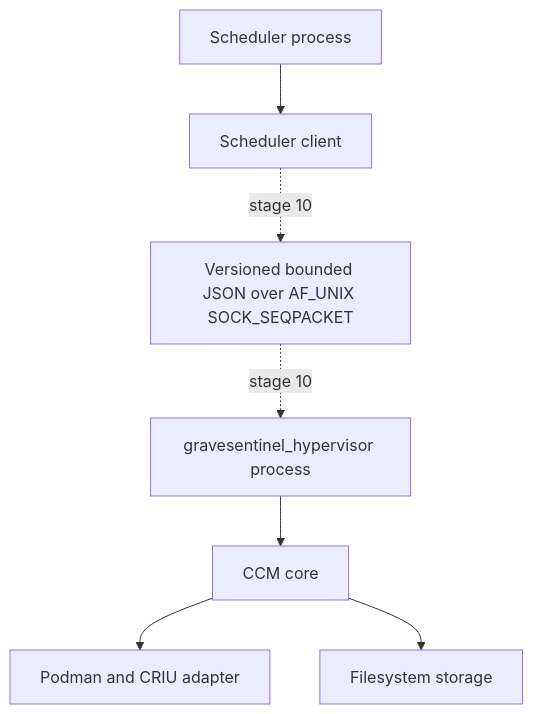
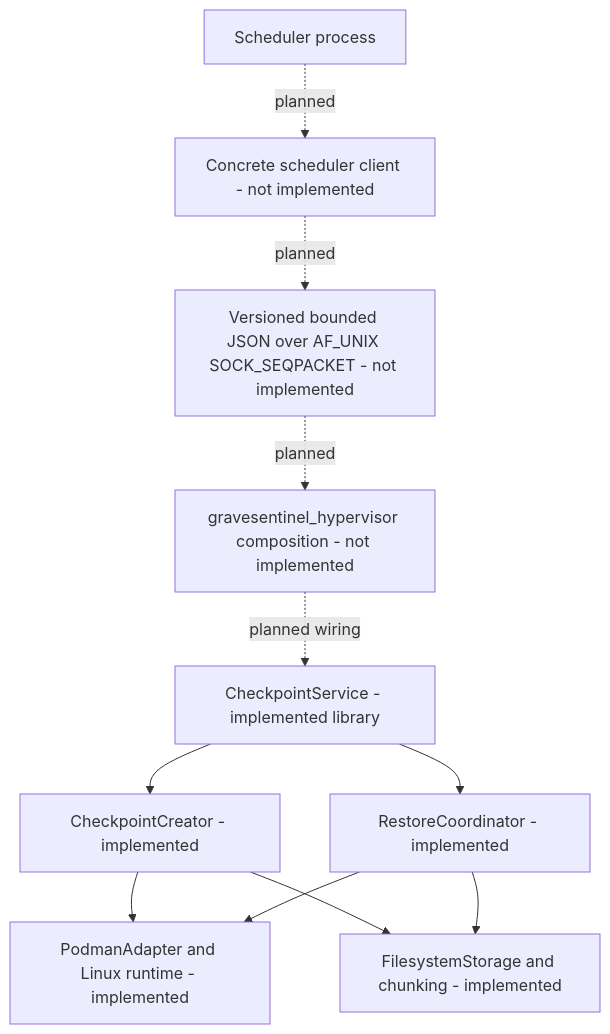
Before and after one commit to crystarm/gravesentinel: the first of 4 diagrams in docs/architecture.md, drawn with Mermaid. The commit also changed other lines of this file and 10 other files, not shown here.

````diff
--- a/docs/architecture.md
+++ b/docs/architecture.md
@@ -22,17 +42,23 @@
 ```mermaid
 flowchart TB
     Scheduler[Scheduler process]
-    Client[Scheduler client]
-    Socket[Versioned bounded JSON over AF_UNIX SOCK_SEQPACKET]
-    Hypervisor[gravesentinel_hypervisor process]
-    Core[CCM core]
-    Runtime[Podman and CRIU adapter]
-    Storage[Filesystem storage]
+    Client[Concrete scheduler client - not implemented]
+    Socket[Versioned bounded JSON over AF_UNIX SOCK_SEQPACKET - not implemented]
+    Hypervisor[gravesentinel_hypervisor composition - not implemented]
+    Service[CheckpointService - implemented library]
+    Create[CheckpointCreator - implemented]
+    Restore[RestoreCoordinator - implemented]
+    Runtime[PodmanAdapter and Linux runtime - implemented]
+    Storage[FilesystemStorage and chunking - implemented]
 
-    Scheduler --> Client
-    Client -. stage 10 .-> Socket
-    Socket -. stage 10 .-> Hypervisor
-    Hypervisor --> Core
-    Core --> Runtime
-    Core --> Storage
+    Scheduler -. planned .-> Client
+    Client -. planned .-> Socket
+    Socket -. planned .-> Hypervisor
+    Hypervisor -. planned wiring .-> Service
+    Service --> Create
+    Service --> Restore
+    Create --> Runtime
+    Create --> Storage
+    Restore --> Runtime
+    Restore --> Storage
 ```
````
